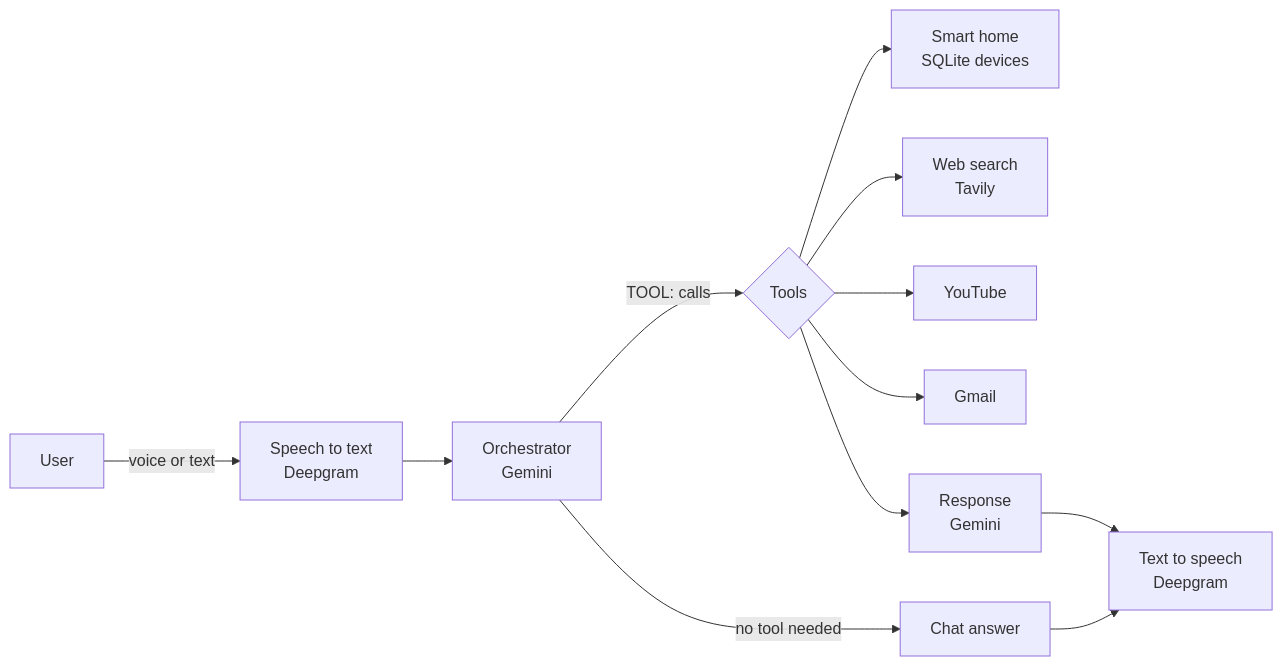
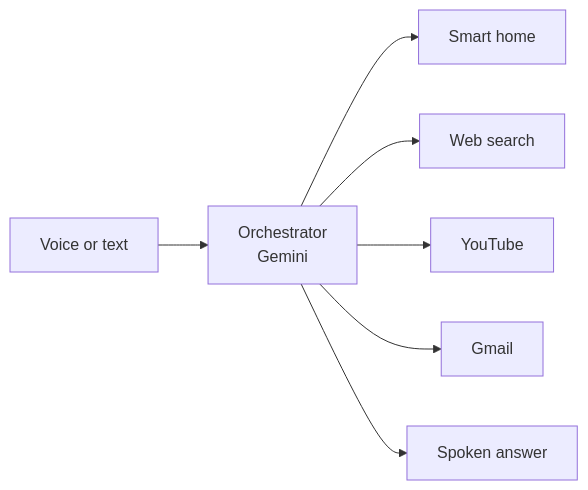
The diagram in README.md (oussama-abid/living-smarter), drawn with Mermaid before and after one commit. The commit also changed other lines of this file and 24 other files, not shown here.

````diff
--- a/README.md
+++ b/README.md
@@ -56,14 +28,9 @@
 ```mermaid
 flowchart LR
-    U[User] -->|voice or text| STT[Speech to text<br/>Deepgram]
-    STT --> O[Orchestrator<br/>Gemini]
-    O -->|TOOL: calls| T{Tools}
-    T --> SH[Smart home<br/>SQLite devices]
-    T --> W[Web search<br/>Tavily]
-    T --> Y[YouTube]
-    T --> G[Gmail]
-    O -->|no tool needed| C[Chat answer]
-    T --> R[Response<br/>Gemini]
-    R --> TTS[Text to speech<br/>Deepgram]
-    C --> TTS
+    U[Voice or text] --> O[Orchestrator<br/>Gemini]
+    O --> D[Smart home]
+    O --> W[Web search]
+    O --> Y[YouTube]
+    O --> G[Gmail]
+    O --> A[Spoken answer]
 ```
````
